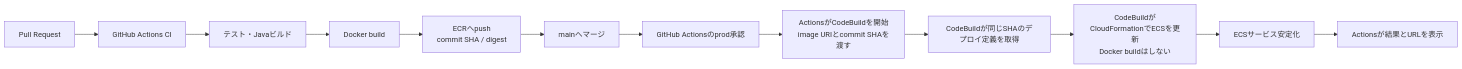
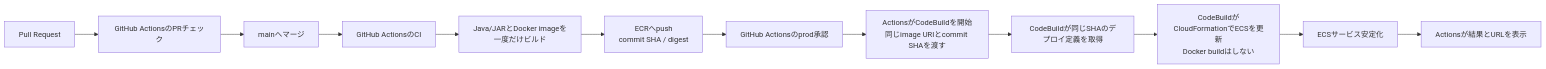
Before and after one commit to azulazulazula/github-action-pub: the third of 3 diagrams in doc/ecs-docker-build-comparison.md, drawn with Mermaid.

Commit message:
Clarify single post-merge image build in CI/CD split

````diff
--- a/doc/ecs-docker-build-comparison.md
+++ b/doc/ecs-docker-build-comparison.md
@@ -87,14 +87,14 @@
 ```mermaid
 flowchart LR
-    A[Pull Request] --> B[GitHub Actions CI]
-    B --> B1[テスト・Javaビルド]
-    B1 --> B2[Docker build]
-    B2 --> B3[ECRへpush<br/>commit SHA / digest]
-    B3 --> C[mainへマージ]
-    C --> D[GitHub Actionsのprod承認]
-    D --> E[ActionsがCodeBuildを開始<br/>image URIとcommit SHAを渡す]
-    E --> F[CodeBuildが同じSHAのデプロイ定義を取得]
-    F --> G[CodeBuildがCloudFormationでECSを更新<br/>Docker buildはしない]
-    G --> H[ECSサービス安定化]
-    H --> I[Actionsが結果とURLを表示]
+    A[Pull Request] --> B[GitHub ActionsのPRチェック]
+    B --> C[mainへマージ]
+    C --> D[GitHub ActionsのCI]
+    D --> D1[Java/JARとDocker imageを一度だけビルド]
+    D1 --> D2[ECRへpush<br/>commit SHA / digest]
+    D2 --> E[GitHub Actionsのprod承認]
+    E --> F[ActionsがCodeBuildを開始<br/>同じimage URIとcommit SHAを渡す]
+    F --> G[CodeBuildが同じSHAのデプロイ定義を取得]
+    G --> H[CodeBuildがCloudFormationでECSを更新<br/>Docker buildはしない]
+    H --> I[ECSサービス安定化]
+    I --> J[Actionsが結果とURLを表示]
 ```
````
